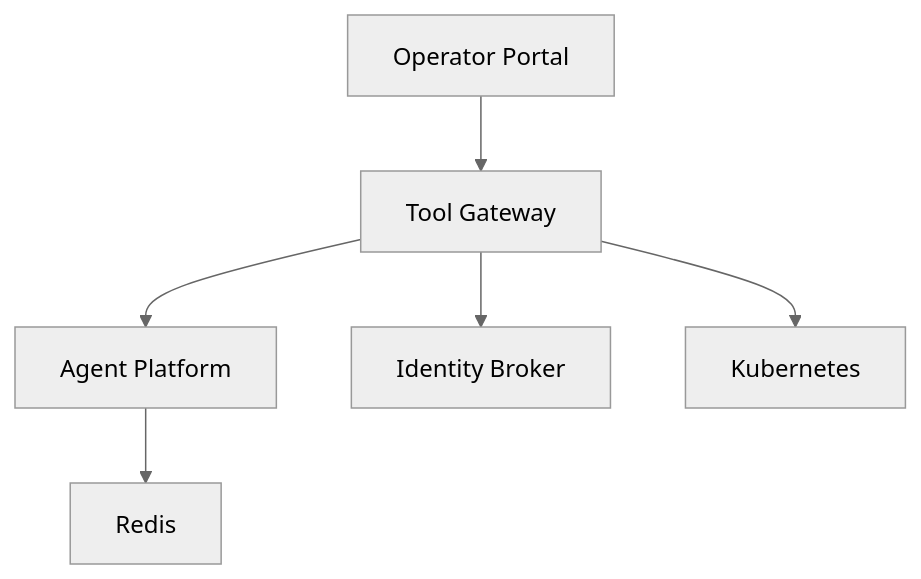
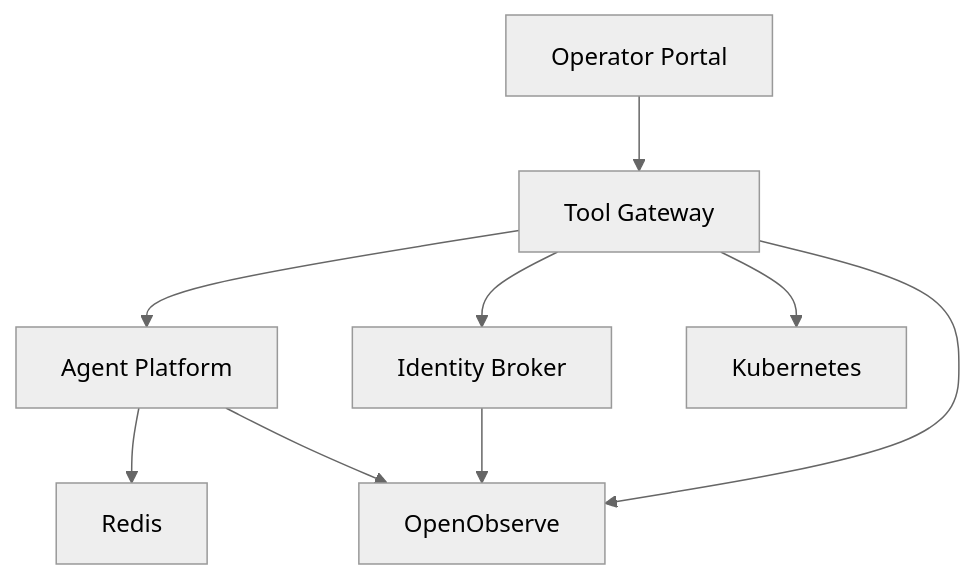
One commit to metasync/luban-aiops changed the third of 3 diagrams in .qoder/repowiki/en/content/Troubleshooting and FAQ.md. Above: the diagram before and after it, drawn with Mermaid (neutral theme). The commit also changed other lines of this file and 71 other files, not shown here.

Commit message:
docs: refresh repowiki knowledge cache after OpenObserve telemetry enablement

````diff
--- a/.qoder/repowiki/en/content/Troubleshooting and FAQ.md
+++ b/.qoder/repowiki/en/content/Troubleshooting and FAQ.md
@@ -268,8 +311,11 @@
 ```mermaid
 graph TB
 GW["Tool Gateway"] --> AG["Agent Platform"]
 GW --> IDB["Identity Broker"]
 AG --> REDIS["Redis"]
 GW --> K8S["Kubernetes"]
+AG --> OO["OpenObserve"]
+IDB --> OO
+GW --> OO
 OP["Operator Portal"] --> GW
 ```
````
